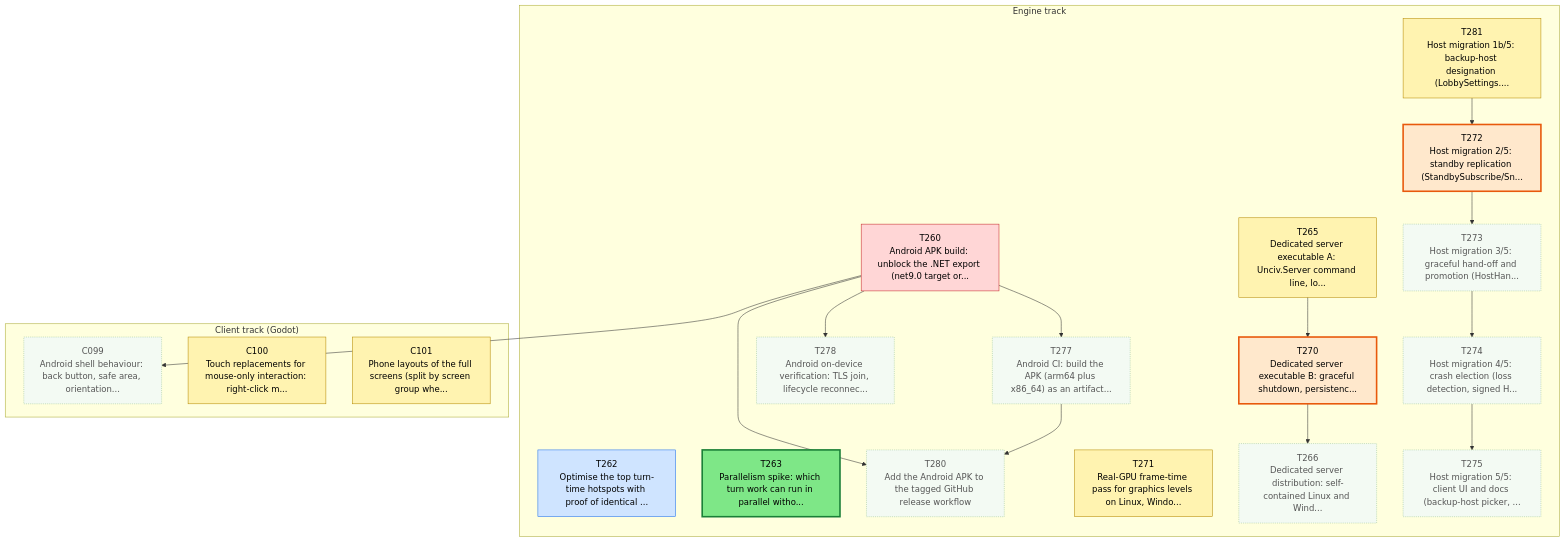
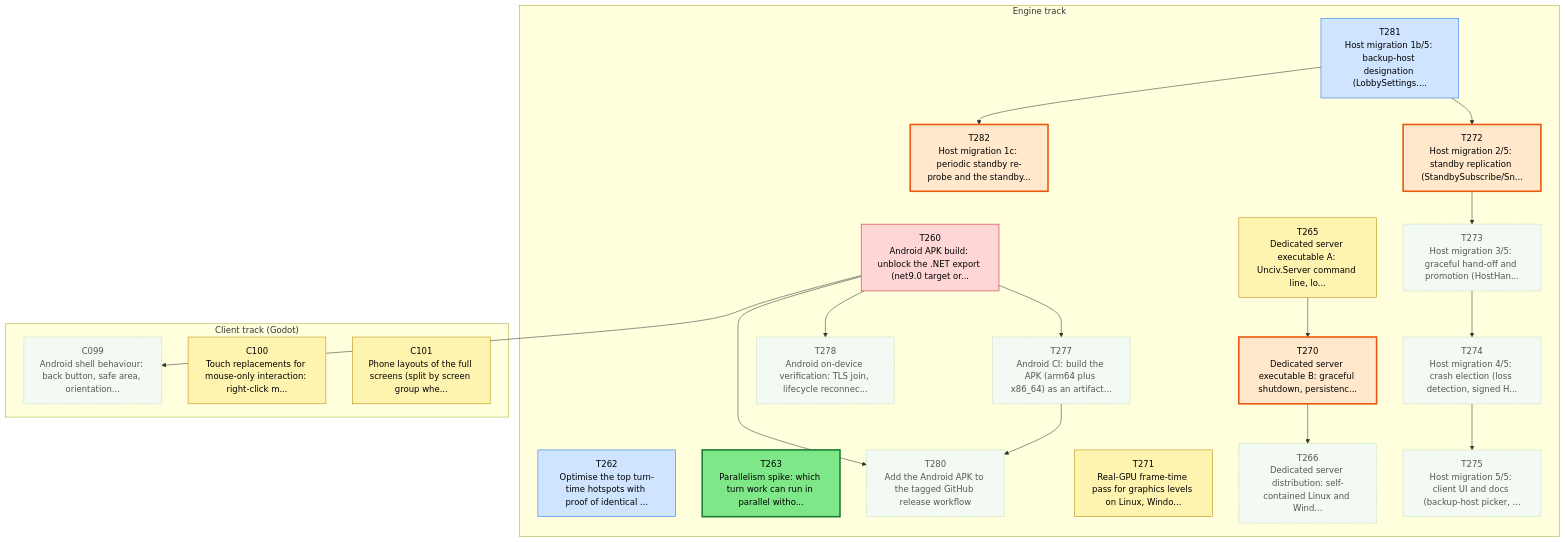
The first of 3 diagrams in csharp/migration/DEPENDENCY_MAP.md (Kenmura/Unciv), drawn with Mermaid before and after one commit. The commit also changed other lines of this file, not shown here.

Commit message:
migration: rebuild dependency map

````diff
--- a/csharp/migration/DEPENDENCY_MAP.md
+++ b/csharp/migration/DEPENDENCY_MAP.md
@@ -35,61 +35,64 @@
 ```mermaid
 flowchart TD
   subgraph TTRACK["Engine track"]
     T260["T260<br/>Android APK build: unblock the .NET export (net9.0 target or..."]
     T262["T262<br/>Optimise the top turn-time hotspots with proof of identical ..."]
     T263["T263<br/>Parallelism spike: which turn work can run in parallel witho..."]
     T265["T265<br/>Dedicated server executable A: Unciv.Server command line, lo..."]
     T266["T266<br/>Dedicated server distribution: self-contained Linux and Wind..."]
     T270["T270<br/>Dedicated server executable B: graceful shutdown, persistenc..."]
     T271["T271<br/>Real-GPU frame-time pass for graphics levels on Linux, Windo..."]
     T272["T272<br/>Host migration 2/5: standby replication (StandbySubscribe/Sn..."]
     T273["T273<br/>Host migration 3/5: graceful hand-off and promotion (HostHan..."]
     T274["T274<br/>Host migration 4/5: crash election (loss detection, signed H..."]
     T275["T275<br/>Host migration 5/5: client UI and docs (backup-host picker, ..."]
     T277["T277<br/>Android CI: build the APK (arm64 plus x86_64) as an artifact..."]
     T278["T278<br/>Android on-device verification: TLS join, lifecycle reconnec..."]
     T280["T280<br/>Add the Android APK to the tagged GitHub release workflow"]
     T281["T281<br/>Host migration 1b/5: backup-host designation (LobbySettings...."]
+    T282["T282<br/>Host migration 1c: periodic standby re-probe and the standby..."]
   end
   subgraph CTRACK["Client track (Godot)"]
     C099["C099<br/>Android shell behaviour: back button, safe area, orientation..."]
     C100["C100<br/>Touch replacements for mouse-only interaction: right-click m..."]
     C101["C101<br/>Phone layouts of the full screens (split by screen group whe..."]
   end
   T270 --> T266
   T265 --> T270
   T281 --> T272
   T272 --> T273
   T273 --> T274
   T274 --> T275
   T260 --> T277
   T260 --> T278
   T260 --> T280
   T277 --> T280
+  T281 --> T282
   T260 --> C099
   classDef waiting fill:#f3faf3,stroke:#9bc49b,color:#555,stroke-dasharray:2 2
   classDef ondeck fill:#ffe8cc,stroke:#e8590c,stroke-width:3px,color:#000
   classDef ready fill:#7ee787,stroke:#1a7f37,stroke-width:3px,color:#000
   classDef prog fill:#fff3b0,stroke:#b58900,color:#000
   classDef review fill:#cfe4ff,stroke:#1f6feb,color:#000
   classDef blocked fill:#ffd6d6,stroke:#c62828,color:#000
   classDef done fill:#eeeeee,stroke:#999999,color:#666,stroke-dasharray:4 3
   class C099 waiting
   class C100 prog
   class C101 prog
   class T260 blocked
   class T262 review
   class T263 ready
   class T265 prog
   class T266 waiting
   class T270 ondeck
   class T271 prog
   class T272 ondeck
   class T273 waiting
   class T274 waiting
   class T275 waiting
   class T277 waiting
   class T278 waiting
   class T280 waiting
-  class T281 prog
+  class T281 review
+  class T282 ondeck
 ```
````
